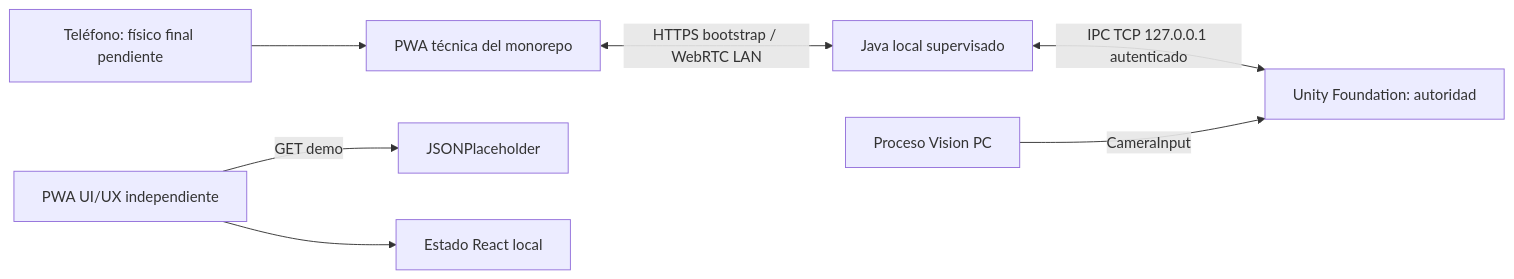
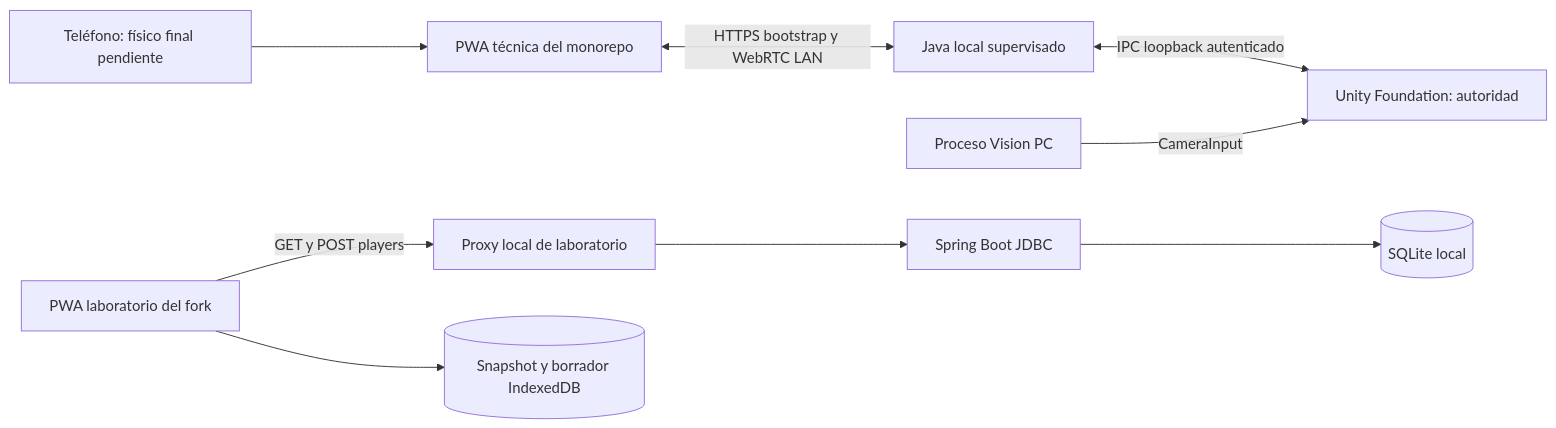
The first of 2 diagrams in docs/01-architecture/SYSTEM_CONTEXT.md (Josue1855/Gorilla-Escape), drawn with Mermaid before and after one commit. The commit also changed other lines of this file and 33 other files, not shown here.

Commit message:
docs: synchronize players backend and PWA laboratory status

````diff
--- a/docs/01-architecture/SYSTEM_CONTEXT.md
+++ b/docs/01-architecture/SYSTEM_CONTEXT.md
@@ -7,9 +7,11 @@
 ```mermaid
 flowchart LR
   Phone["Teléfono: físico final pendiente"] --> Core["PWA técnica del monorepo"]
-  Core <-->|"HTTPS bootstrap / WebRTC LAN"| Java["Java local supervisado"]
-  Java <-->|"IPC TCP 127.0.0.1 autenticado"| Unity["Unity Foundation: autoridad"]
+  Core <-->|"HTTPS bootstrap y WebRTC LAN"| Java["Java local supervisado"]
+  Java <-->|"IPC loopback autenticado"| Unity["Unity Foundation: autoridad"]
   Vision["Proceso Vision PC"] -->|"CameraInput"| Unity
-  UI["PWA UI/UX independiente"] -->|"GET demo"| Demo["JSONPlaceholder"]
-  UI --> Local["Estado React local"]
+  UI["PWA laboratorio del fork"] -->|"GET y POST players"| Proxy["Proxy local de laboratorio"]
+  Proxy --> Backend["Spring Boot JDBC"]
+  Backend --> DB[("SQLite local")]
+  UI --> IDB[("Snapshot y borrador IndexedDB")]
 ```
````
